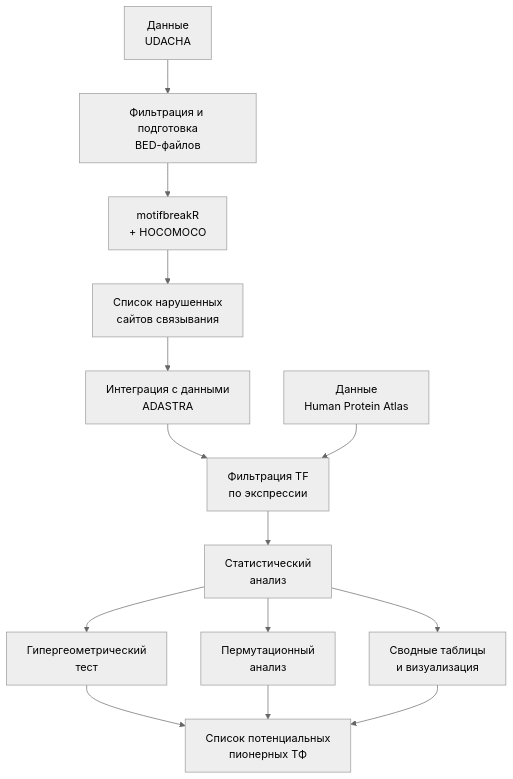
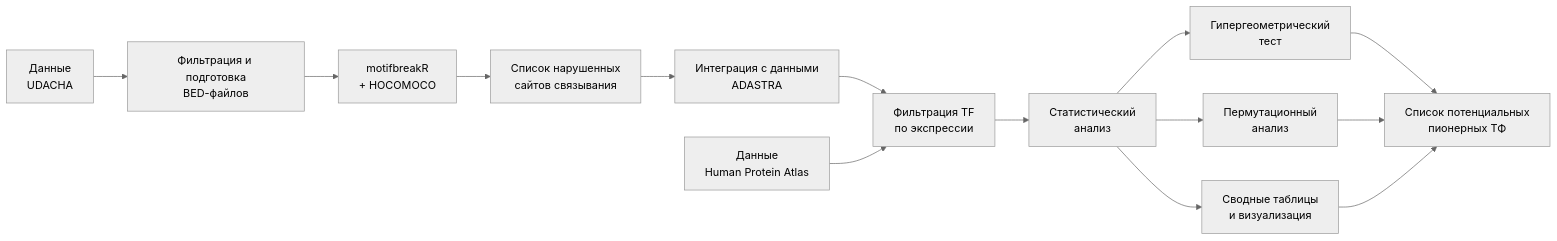
One commit to s-panish/Diploma changed the diagram in README.md. Above: the diagram before and after it, drawn with Mermaid (neutral theme).

````diff
--- a/README.md
+++ b/README.md
@@ -4,16 +4,16 @@
 ```mermaid
-flowchart TD
+flowchart LR
     A["Данные<br/>UDACHA"] --> B["Фильтрация и подготовка<br/>BED-файлов"]
     B --> C["motifbreakR<br/>+ HOCOMOCO"]
     C --> D["Список нарушенных<br/>сайтов связывания"]
     D --> E["Интеграция с данными<br/>ADASTRA"]
     E --> F["Фильтрация TF<br/>по экспрессии"]
     G["Данные<br/>Human Protein Atlas"] --> F
     F --> H["Статистический<br/>анализ"]
     H --> I["Гипергеометрический<br/>тест"]
     H --> J["Пермутационный<br/>анализ"]
     H --> K["Сводные таблицы<br/>и визуализация"]
     I --> L["Список потенциальных<br/>пионерных ТФ"]
     J --> L
     K --> L
 ```
````
